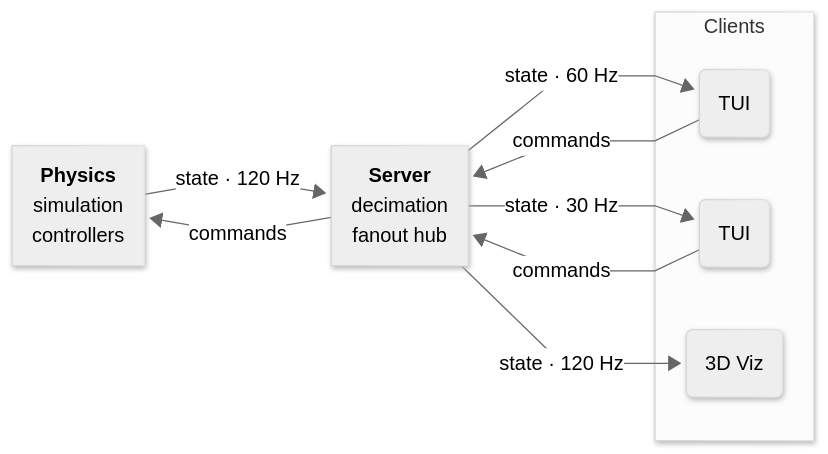
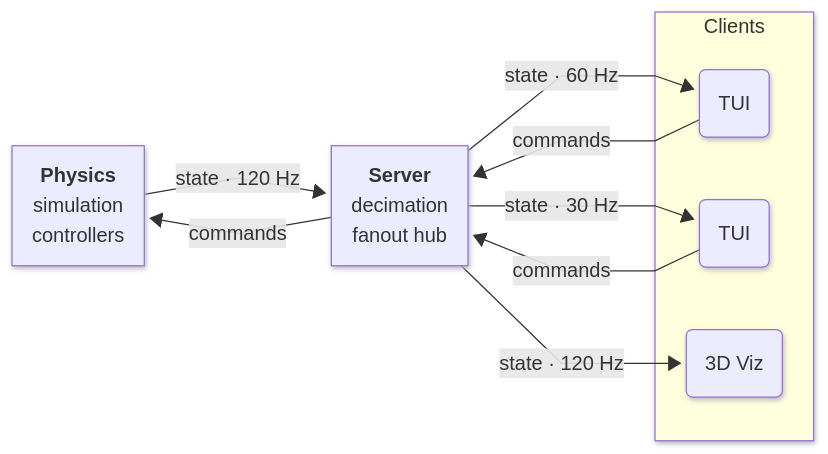
The diagram in README.md (msdemers/roboremote), drawn with Mermaid before and after one commit.

Commit message:
fix: remove README diagram theme so renderers will adapt to light/dark mode

````diff
--- a/README.md
+++ b/README.md
@@ -92,28 +92,27 @@
 ```mermaid
 ---
 config:
   layout: dagre
   look: neo
-  theme: neutral
   flowchart:
     curve: linear
 ---
 flowchart LR
     phys["`****Physics****
     simulation
     controllers`"] --> |state · 120 Hz| serv["`****Server****`"
     decimation
     fanout hub
     ]
     serv --> |commands| phys
     serv --> |state · 60 Hz| tui1[TUI]@{ shape: rounded }
     serv --> |state · 30 Hz| tui2[TUI]@{ shape: rounded }
     tui1 --> |commands| serv
     tui2 --> |commands| serv
     serv --> |state · 120 Hz| viz[3D Viz]@{ shape: rounded }
     subgraph clients[Clients]
         tui1
         tui2
         viz
     end
 ```
````
